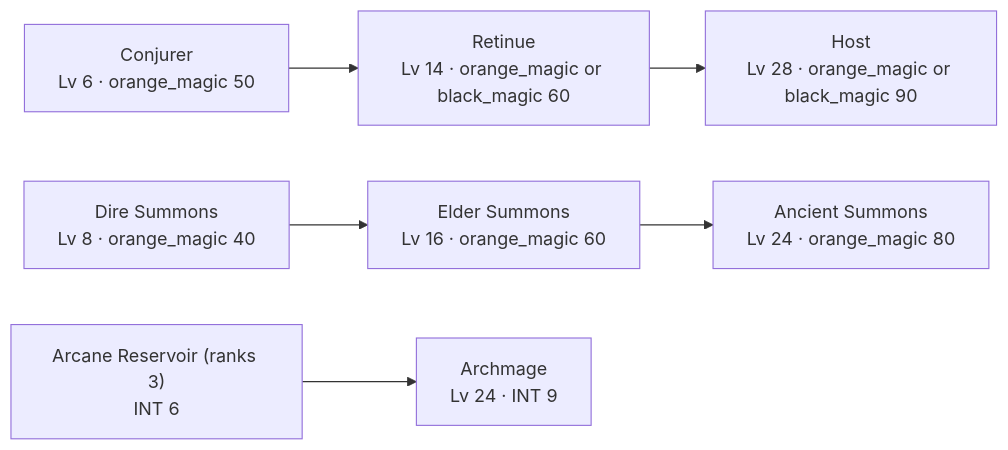
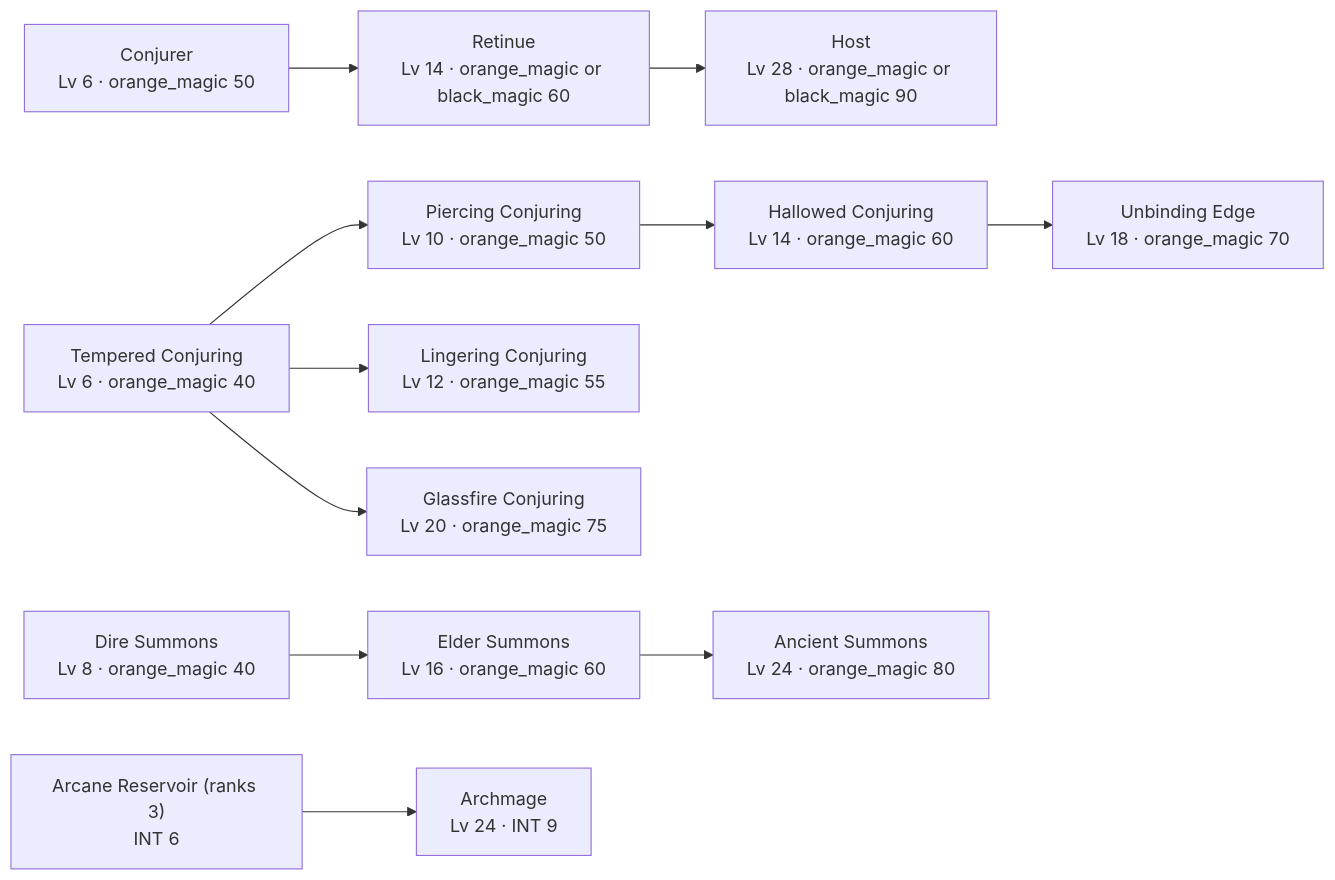
The third of 5 diagrams in docs/core/perk-ladders.md (SETA1609/riftweave-core), drawn with Mermaid before and after one commit. The commit also changed other lines of this file and 29 other files, not shown here.

````diff
--- a/docs/core/perk-ladders.md
+++ b/docs/core/perk-ladders.md
@@ -58,16 +58,27 @@
 ```mermaid
 graph LR
   arcane_reservoir["Arcane Reservoir (ranks 3)<br/>INT 6"]
   conjurer["Conjurer<br/>Lv 6 · orange_magic 50"]
   summon_retinue["Retinue<br/>Lv 14 · orange_magic or black_magic 60"]
+  tempered_conjuring["Tempered Conjuring<br/>Lv 6 · orange_magic 40"]
+  piercing_conjuring["Piercing Conjuring<br/>Lv 10 · orange_magic 50"]
+  lingering_conjuring["Lingering Conjuring<br/>Lv 12 · orange_magic 55"]
+  hallowed_conjuring["Hallowed Conjuring<br/>Lv 14 · orange_magic 60"]
+  unbinding_edge["Unbinding Edge<br/>Lv 18 · orange_magic 70"]
+  glassfire_conjuring["Glassfire Conjuring<br/>Lv 20 · orange_magic 75"]
   summon_host["Host<br/>Lv 28 · orange_magic or black_magic 90"]
   summon_dire["Dire Summons<br/>Lv 8 · orange_magic 40"]
   summon_elder["Elder Summons<br/>Lv 16 · orange_magic 60"]
   summon_ancient["Ancient Summons<br/>Lv 24 · orange_magic 80"]
   archmage["Archmage<br/>Lv 24 · INT 9"]
   conjurer --> summon_retinue
+  tempered_conjuring --> piercing_conjuring
+  tempered_conjuring --> lingering_conjuring
+  piercing_conjuring --> hallowed_conjuring
+  hallowed_conjuring --> unbinding_edge
+  tempered_conjuring --> glassfire_conjuring
   summon_retinue --> summon_host
   summon_dire --> summon_elder
   summon_elder --> summon_ancient
   arcane_reservoir --> archmage
 ```
````
